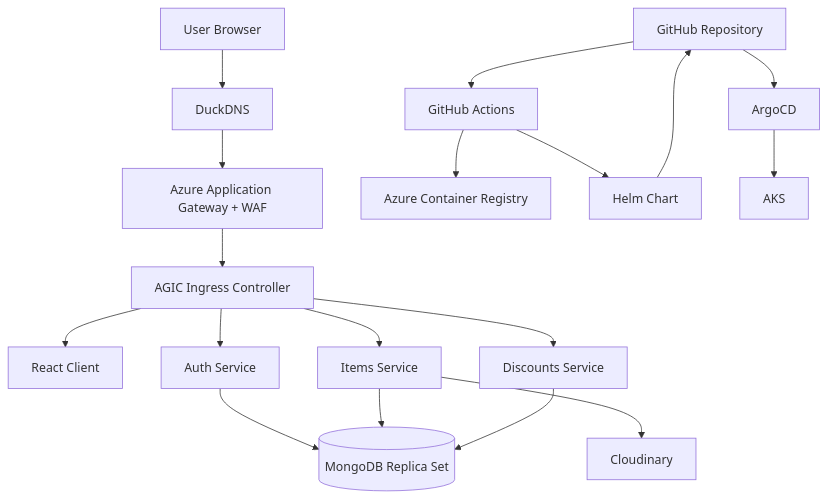
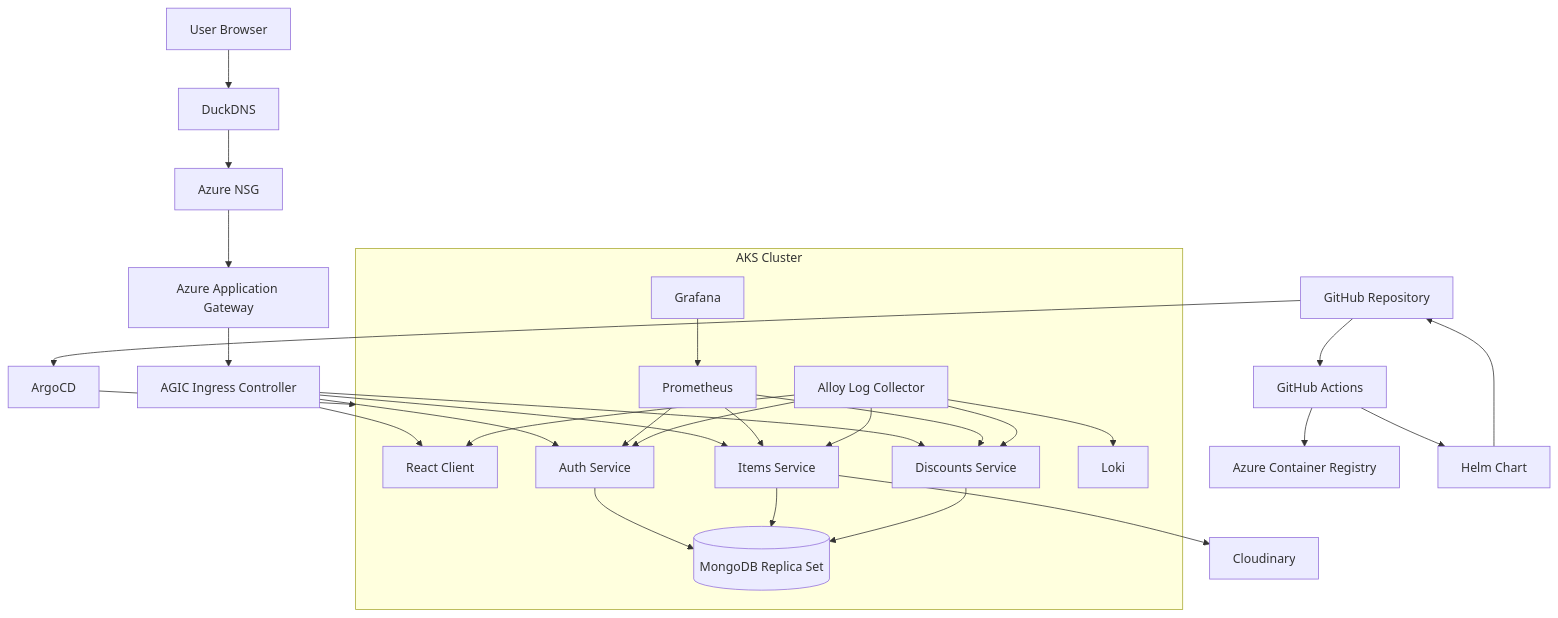
The first of 2 diagrams in README.md (lananhtrande/Project-3-Restauranty---End-to-End-DevOps-Deployment), drawn with Mermaid before and after one commit. The commit also changed other lines of this file, not shown here.

````diff
--- a/README.md
+++ b/README.md
@@ -30,19 +30,33 @@
 
     DNS[DuckDNS]
 
-    AppGW[Azure Application Gateway + WAF]
+    NSG[Azure NSG]
 
-    Ingress[AGIC Ingress Controller]
+    AppGW[Azure Application Gateway]
 
-    Client[React Client]
+    AGIC[AGIC Ingress Controller]
 
-    Auth[Auth Service]
+    subgraph AKS[AKS Cluster]
 
-    Items[Items Service]
+        Client[React Client]
 
-    Discounts[Discounts Service]
+        Auth[Auth Service]
 
-    Mongo[(MongoDB Replica Set)]
+        Items[Items Service]
+
+        Discounts[Discounts Service]
+
+        Mongo[(MongoDB Replica Set)]
+
+        Prometheus[Prometheus]
+
+        Grafana[Grafana]
+
+        Loki[Loki]
+
+        Alloy[Alloy Log Collector]
+
+    end
 
     Cloudinary[Cloudinary]
 
@@ -58,17 +72,19 @@
 
     User --> DNS
 
-    DNS --> AppGW
+    DNS --> NSG
 
-    AppGW --> Ingress
+    NSG --> AppGW
 
-    Ingress --> Client
+    AppGW --> AGIC
 
-    Ingress --> Auth
+    AGIC --> Client
 
-    Ingress --> Items
+    AGIC --> Auth
 
-    Ingress --> Discounts
+    AGIC --> Items
+
+    AGIC --> Discounts
 
     Auth --> Mongo
 
@@ -89,4 +105,22 @@
     GitHub --> Argo
 
     Argo --> AKS
+
+    Prometheus --> Auth
+
+    Prometheus --> Items
+
+    Prometheus --> Discounts
+
+    Grafana --> Prometheus
+
+    Alloy --> Loki
+
+    Alloy --> Auth
+
+    Alloy --> Items
+
+    Alloy --> Discounts
+
+    Alloy --> Client
 ```
````
